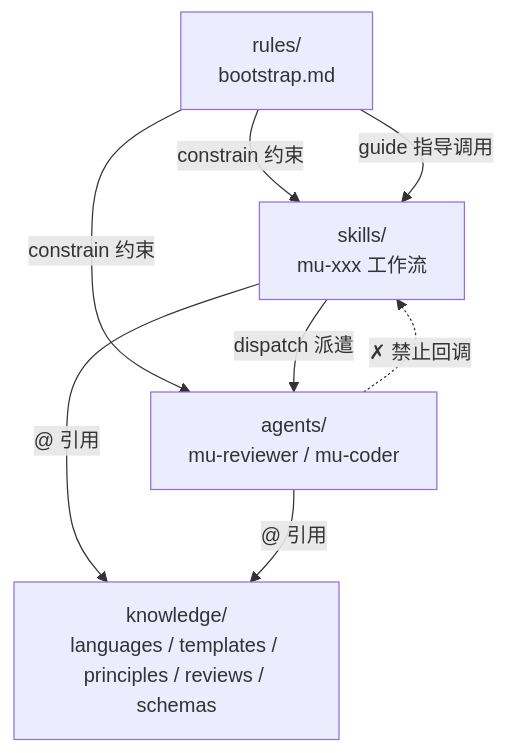
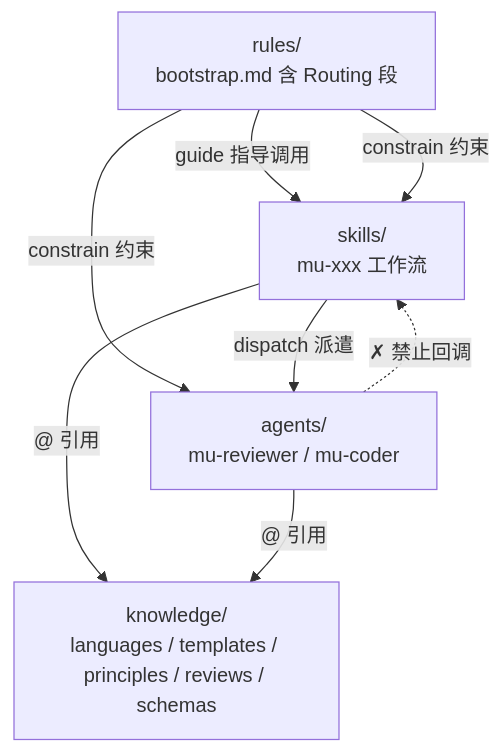
Before and after one commit to knotmark-ai/devmuse: the second of 2 diagrams in docs/wiki/four-layer-architecture.md, drawn with Mermaid. The commit also changed other lines of this file and 7 other files, not shown here.

````diff
--- a/docs/wiki/four-layer-architecture.md
+++ b/docs/wiki/four-layer-architecture.md
@@ -164,10 +163,10 @@
 ```mermaid
 graph TD
-    R[rules/<br/>bootstrap.md] -->|constrain 约束| S[skills/<br/>mu-xxx 工作流]
+    R[rules/<br/>bootstrap.md 含 Routing 段] -->|guide 指导调用| S[skills/<br/>mu-xxx 工作流]
+    R -->|constrain 约束| S
     R -->|constrain 约束| A[agents/<br/>mu-reviewer / mu-coder]
-    R -->|guide 指导调用| S
     S -->|dispatch 派遣| A
     S -->|"@ 引用"| K[knowledge/<br/>languages / templates / principles / reviews / schemas]
     A -->|"@ 引用"| K
     A -.->|"✗ 禁止回调"| S
 ```
````
